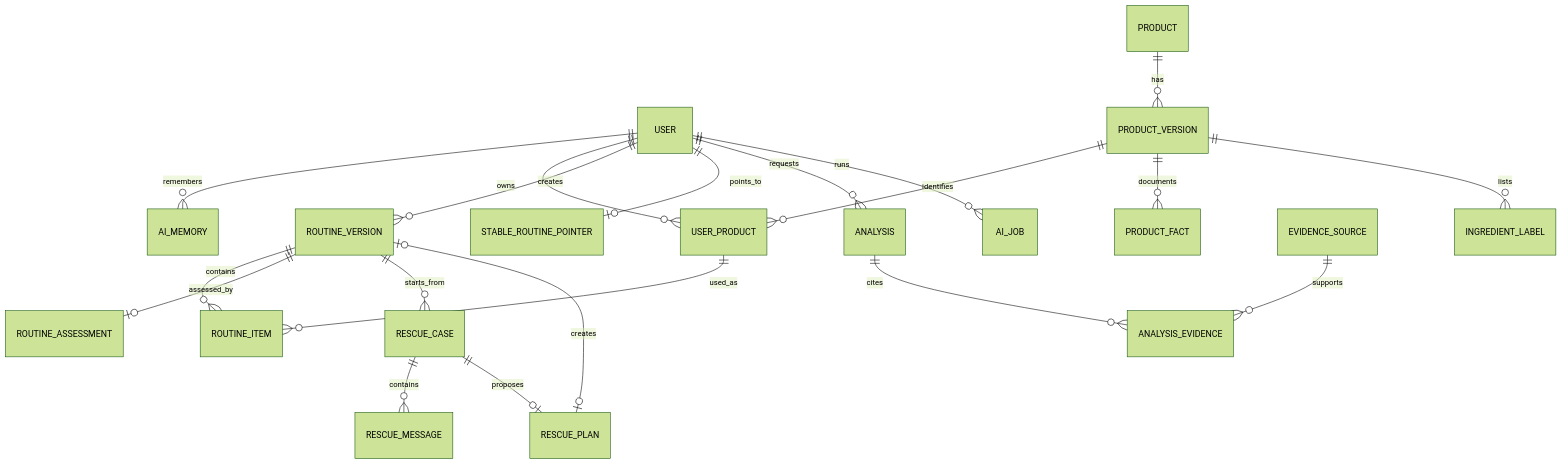
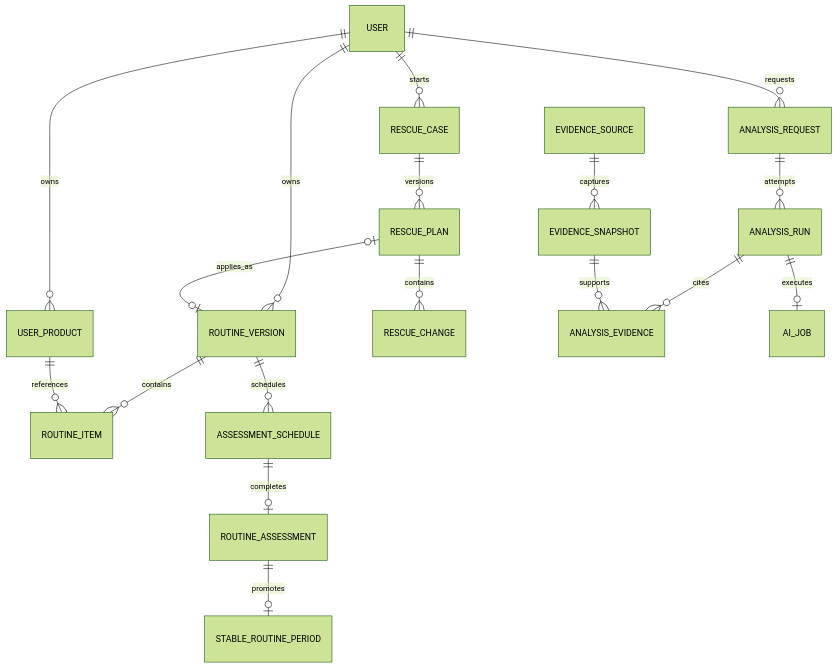
One commit to Sehoon-Jeong/app changed the diagram in docs/06-data-model/README.md. Above: the diagram before and after it, drawn with Mermaid (forest theme). The commit also changed other lines of this file and 19 other files, not shown here.

````diff
--- a/docs/06-data-model/README.md
+++ b/docs/06-data-model/README.md
@@ -7,22 +26,20 @@
 ```mermaid
 erDiagram
-  USER ||--o{ AI_MEMORY : remembers
   USER ||--o{ USER_PRODUCT : owns
-  PRODUCT ||--o{ PRODUCT_VERSION : has
-  PRODUCT_VERSION ||--o{ USER_PRODUCT : identifies
-  PRODUCT_VERSION ||--o{ PRODUCT_FACT : documents
-  PRODUCT_VERSION ||--o{ INGREDIENT_LABEL : lists
-  USER ||--o{ ROUTINE_VERSION : creates
+  USER ||--o{ ROUTINE_VERSION : owns
   ROUTINE_VERSION ||--o{ ROUTINE_ITEM : contains
-  USER_PRODUCT ||--o{ ROUTINE_ITEM : used_as
-  ROUTINE_VERSION ||--o| ROUTINE_ASSESSMENT : assessed_by
-  USER ||--o| STABLE_ROUTINE_POINTER : points_to
-  ROUTINE_VERSION ||--o{ RESCUE_CASE : starts_from
-  RESCUE_CASE ||--o{ RESCUE_MESSAGE : contains
-  RESCUE_CASE ||--o| RESCUE_PLAN : proposes
-  RESCUE_PLAN o|--o| ROUTINE_VERSION : creates
-  USER ||--o{ ANALYSIS : requests
-  ANALYSIS ||--o{ ANALYSIS_EVIDENCE : cites
-  EVIDENCE_SOURCE ||--o{ ANALYSIS_EVIDENCE : supports
-  USER ||--o{ AI_JOB : runs
+  USER_PRODUCT ||--o{ ROUTINE_ITEM : references
+  ROUTINE_VERSION ||--o{ ASSESSMENT_SCHEDULE : schedules
+  ASSESSMENT_SCHEDULE ||--o| ROUTINE_ASSESSMENT : completes
+  ROUTINE_ASSESSMENT ||--o| STABLE_ROUTINE_PERIOD : promotes
+  USER ||--o{ RESCUE_CASE : starts
+  RESCUE_CASE ||--o{ RESCUE_PLAN : versions
+  RESCUE_PLAN ||--o{ RESCUE_CHANGE : contains
+  RESCUE_PLAN o|--o| ROUTINE_VERSION : applies_as
+  USER ||--o{ ANALYSIS_REQUEST : requests
+  ANALYSIS_REQUEST ||--o{ ANALYSIS_RUN : attempts
+  ANALYSIS_RUN ||--o{ ANALYSIS_EVIDENCE : cites
+  EVIDENCE_SOURCE ||--o{ EVIDENCE_SNAPSHOT : captures
+  EVIDENCE_SNAPSHOT ||--o{ ANALYSIS_EVIDENCE : supports
+  ANALYSIS_RUN ||--o| AI_JOB : executes
 ```
````
